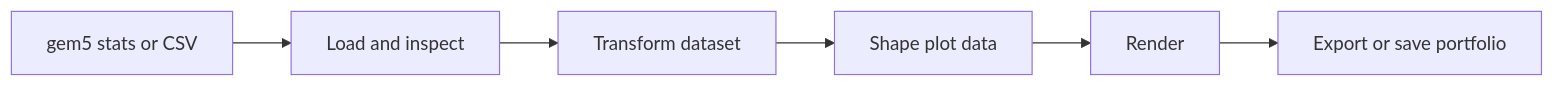
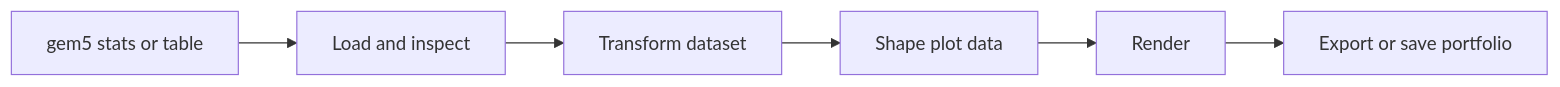
One commit to nikiitin/RING-5 changed the diagram in docs/index.md. Above: the diagram before and after it, drawn with Mermaid. The commit also changed other lines of this file and 44 other files, not shown here.

````diff
--- a/docs/index.md
+++ b/docs/index.md
@@ -36,8 +35,8 @@
 ```mermaid
 flowchart LR
-    A[gem5 stats or CSV] --> B[Load and inspect]
+    A[gem5 stats or table] --> B[Load and inspect]
     B --> C[Transform dataset]
     C --> D[Shape plot data]
     D --> E[Render]
     E --> F[Export or save portfolio]
 ```
````
